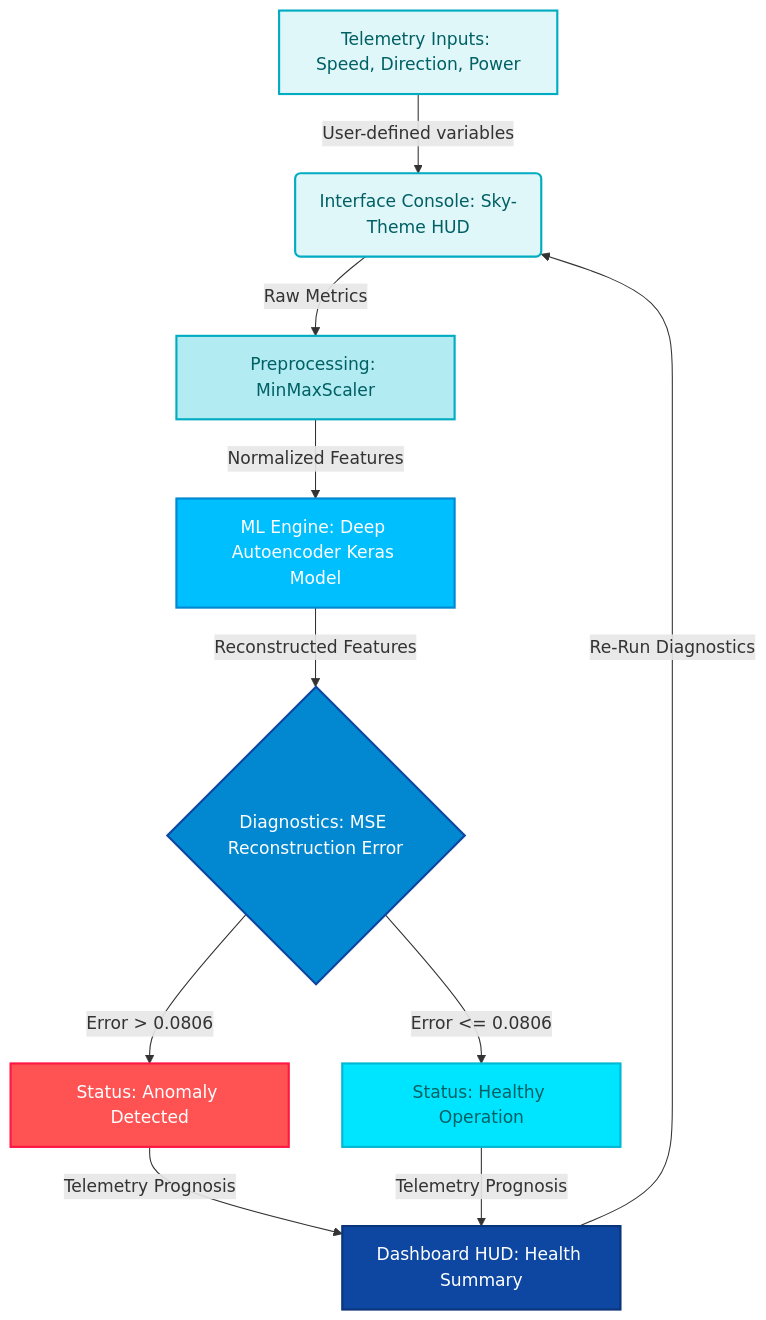
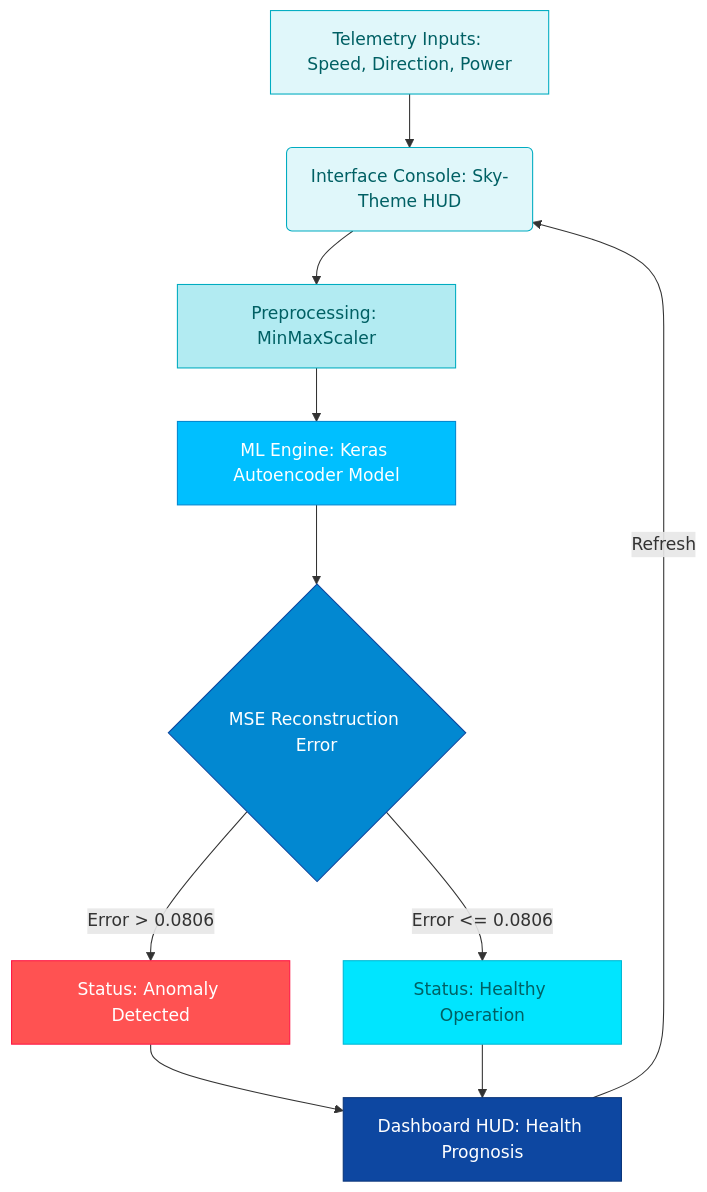
One commit to mayank-goyal09/turbine-anomaly-autoencoder changed the diagram in README.md. Above: the diagram before and after it, drawn with Mermaid. The commit also changed other lines of this file, not shown here.

````diff
--- a/README.md
+++ b/README.md
@@ -57,29 +34,27 @@
 ```mermaid
 graph TD
-    %% Inputs
-    A[Telemetry Inputs: Speed, Direction, Power] -->|User-defined variables| B(Interface Console: Sky-Theme HUD)
+    %% Pipeline
+    A[Telemetry Inputs: Speed, Direction, Power] --> B(Interface Console: Sky-Theme HUD)
+    B --> C[Preprocessing: MinMaxScaler]
+    C --> D[ML Engine: Keras Autoencoder Model]
+    D --> E{MSE Reconstruction Error}
     
-    %% Scaling
-    B -->|Raw Metrics| C[Preprocessing: MinMaxScaler]
-    C -->|Normalized Features| D[ML Engine: Deep Autoencoder Keras Model]
-    
-    %% Inference
-    D -->|Reconstructed Features| E{Diagnostics: MSE Reconstruction Error}
+    %% Verdicts
     E -->|Error > 0.0806| F[Status: Anomaly Detected]
     E -->|Error <= 0.0806| G[Status: Healthy Operation]
     
-    %% Outputs
-    F -->|Telemetry Prognosis| H[Dashboard HUD: Health Summary]
-    G -->|Telemetry Prognosis| H
-    H -->|Re-Run Diagnostics| B
+    %% UI Update
+    F --> H[Dashboard HUD: Health Prognosis]
+    G --> H
+    H -->|Refresh| B
 
-    %% Styles mapped to Sky Theme colors
-    style A fill:#e0f7fa,color:#006064,stroke:#00acc1,stroke-width:2px
-    style B fill:#e0f7fa,color:#006064,stroke:#00acc1,stroke-width:2px
-    style C fill:#b2ebf2,color:#006064,stroke:#00acc1,stroke-width:2px
-    style D fill:#00bfff,color:#fff,stroke:#0288d1,stroke-width:2px
-    style E fill:#0288d1,color:#fff,stroke:#0d47a1,stroke-width:2px
-    style F fill:#ff5252,color:#fff,stroke:#ff1744,stroke-width:2px
-    style G fill:#00e5ff,color:#006064,stroke:#00b8d4,stroke-width:2px
-    style H fill:#0d47a1,color:#fff,stroke:#0a357a,stroke-width:2px
+    %% Styling
+    style A fill:#e0f7fa,color:#006064,stroke:#00acc1,stroke-width:1px
+    style B fill:#e0f7fa,color:#006064,stroke:#00acc1,stroke-width:1px
+    style C fill:#b2ebf2,color:#006064,stroke:#00acc1,stroke-width:1px
+    style D fill:#00bfff,color:#fff,stroke:#0288d1,stroke-width:1px
+    style E fill:#0288d1,color:#fff,stroke:#0d47a1,stroke-width:1px
+    style F fill:#ff5252,color:#fff,stroke:#ff1744,stroke-width:1px
+    style G fill:#00e5ff,color:#006064,stroke:#00b8d4,stroke-width:1px
+    style H fill:#0d47a1,color:#fff,stroke:#0a357a,stroke-width:1px
 ```
````
